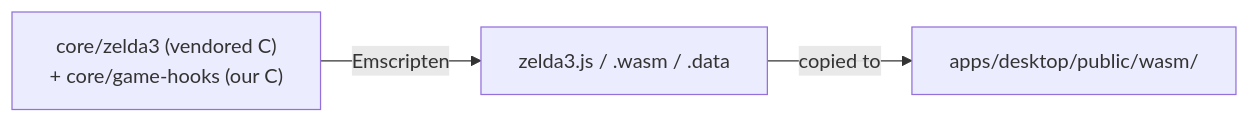
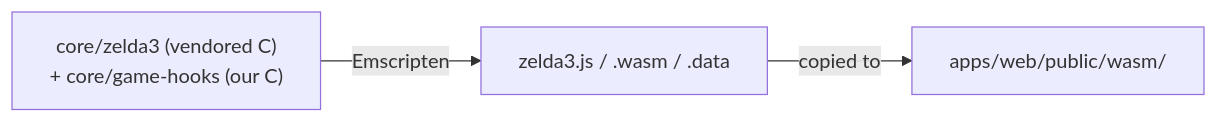
Before and after one commit to drizztdourden08/relic-of-the-past: the diagram in docs/architecture/wasm-bridge.md, drawn with Mermaid. The commit also changed other lines of this file and 1186 other files, not shown here.

Commit message:
refactor: move the renderer into apps/web (platform split)

````diff
--- a/docs/architecture/wasm-bridge.md
+++ b/docs/architecture/wasm-bridge.md
@@ -10,5 +10,5 @@
 ```mermaid
 flowchart LR
     SRC["core/zelda3 (vendored C)<br/>+ core/game-hooks (our C)"] -->|"Emscripten"| OUT["zelda3.js / .wasm / .data"]
-    OUT -->|"copied to"| PUB["apps/desktop/public/wasm/"]
+    OUT -->|"copied to"| PUB["apps/web/public/wasm/"]
 ```
````
